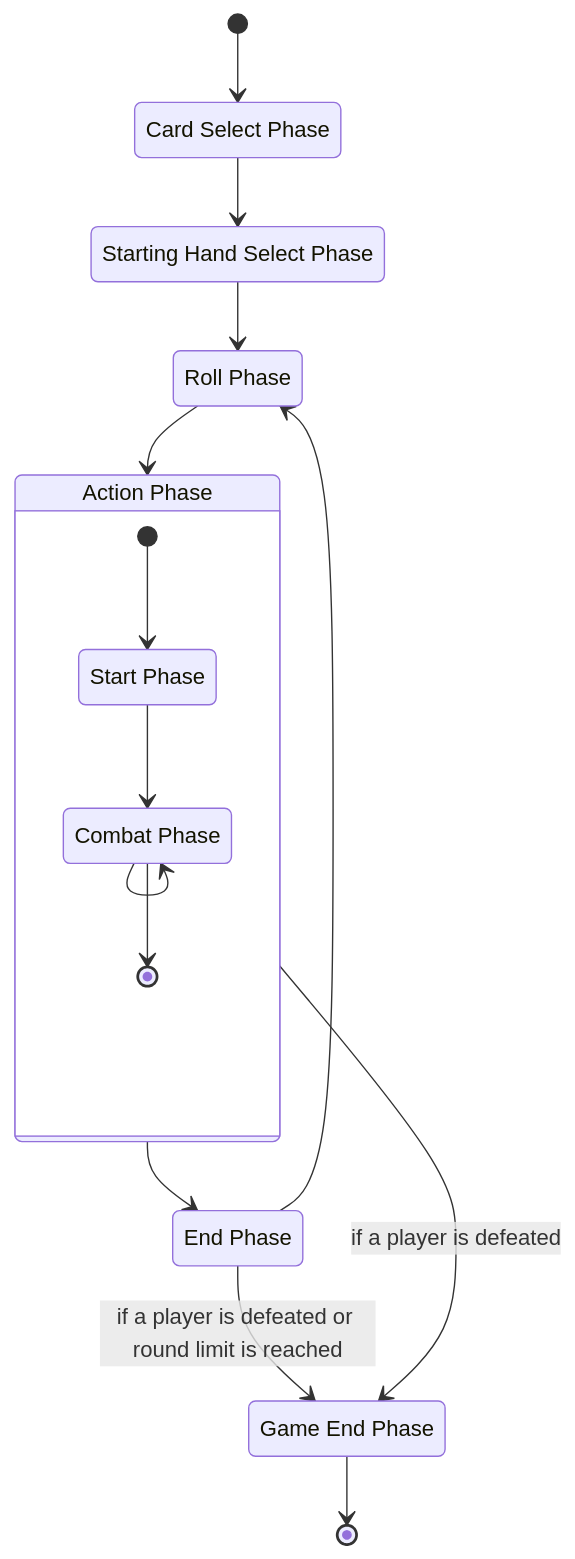
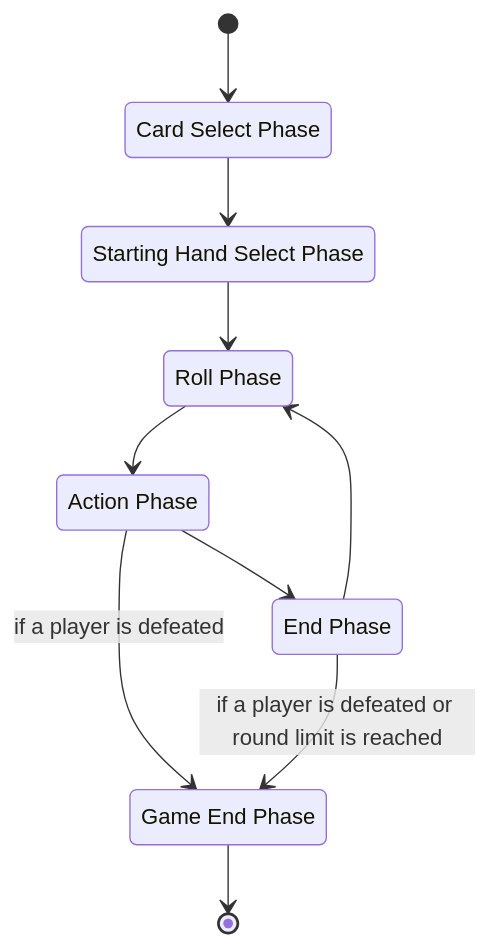
The second of 2 diagrams in docs/state_machine_design.md (Jarvis-Yu/Dottore-Genius-Invokation-TCG-Simulator), drawn with Mermaid before and after one commit. The commit also changed other lines of this file and 2 other files, not shown here.

````diff
--- a/docs/state_machine_design.md
+++ b/docs/state_machine_design.md
@@ -7,27 +96,19 @@
 ```mermaid
 stateDiagram-v2
     cards   : Card Select Phase
     shand   : Starting Hand Select Phase
     roll    : Roll Phase
     action  : Action Phase
-    state action {
-        start  : Start Phase
-        combat : Combat Phase
-        [*]    --> start
-        start  --> combat
-        combat --> combat
-        combat --> [*]
-    }
     end     : End Phase
     gameEnd : Game End Phase
 
     [*]     --> cards
     cards   --> shand
     shand   --> roll
     roll    --> action
     action  --> end
     action  --> gameEnd : if a player is defeated
     end     --> gameEnd : if a player is defeated or round limit is reached
     end     --> roll
     gameEnd --> [*]
 ```
````
